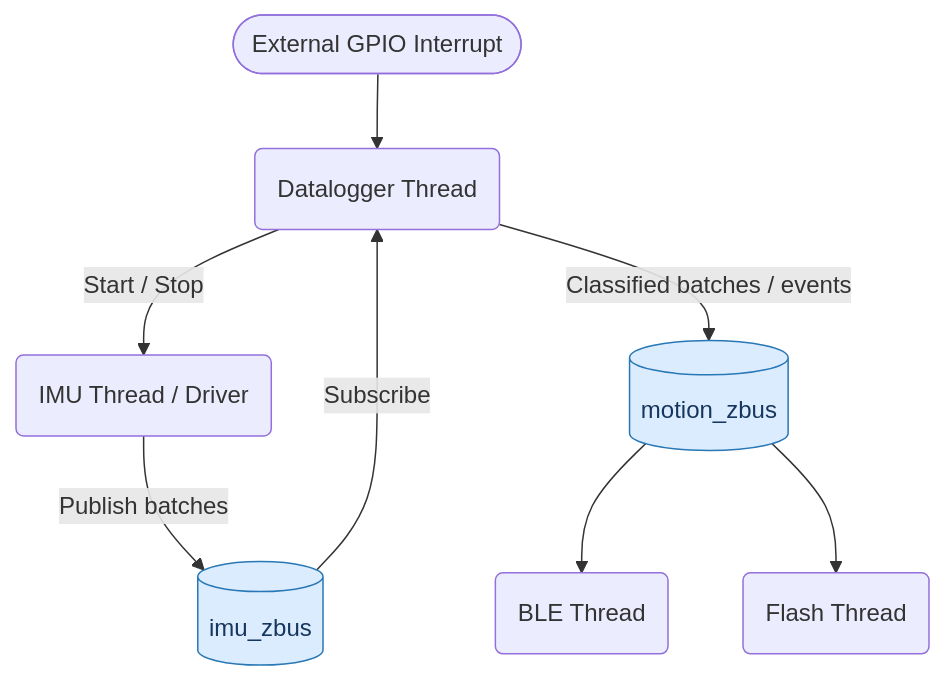
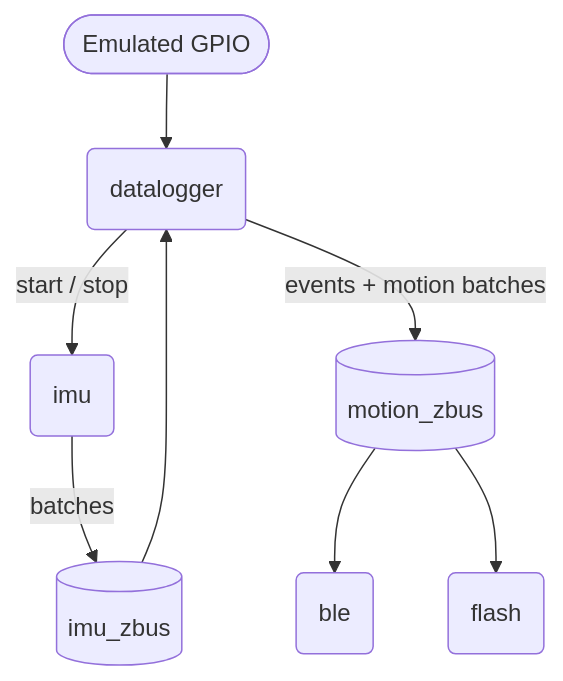
Before and after one commit to Mizithra/imu_logger: the diagram in README.md, drawn with Mermaid. The commit also changed other lines of this file, not shown here.

````diff
--- a/README.md
+++ b/README.md
@@ -23,23 +22,10 @@
 ```mermaid
-
 flowchart TD
-    GPIO([External GPIO Interrupt])
-    DL(Datalogger Thread)
-    IMU(IMU Thread / Driver)
-    IQ[(imu_zbus)]
-    MQ[(motion_zbus)]
-    BLE(BLE Thread)
-    FLASH(Flash Thread)
-
-    GPIO --> DL
-    DL -->|Start / Stop| IMU
-    IMU -->|Publish batches| IQ
-    IQ -->|Subscribe| DL
-    DL -->|Classified batches / events| MQ
-    MQ --> BLE
-    MQ --> FLASH
-
-    classDef bus fill:#dcecff,stroke:#2878b5,color:#17365d
-    class IQ,MQ bus
-
+    GPIO([Emulated GPIO]) --> DL(datalogger)
+    DL -->|start / stop| IMU(imu)
+    IMU -->|batches| IQ[(imu_zbus)]
+    IQ --> DL
+    DL -->|events + motion batches| MQ[(motion_zbus)]
+    MQ --> BLE(ble)
+    MQ --> FLASH(flash)
 ```
````
